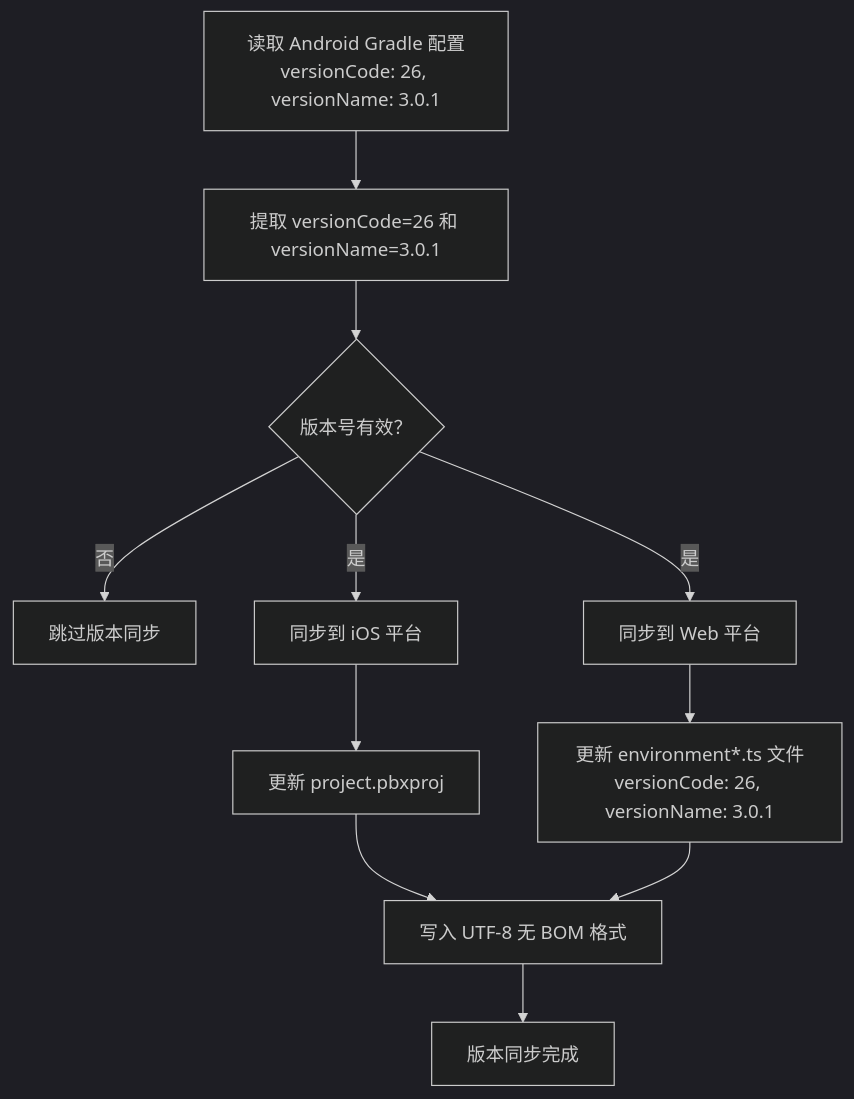
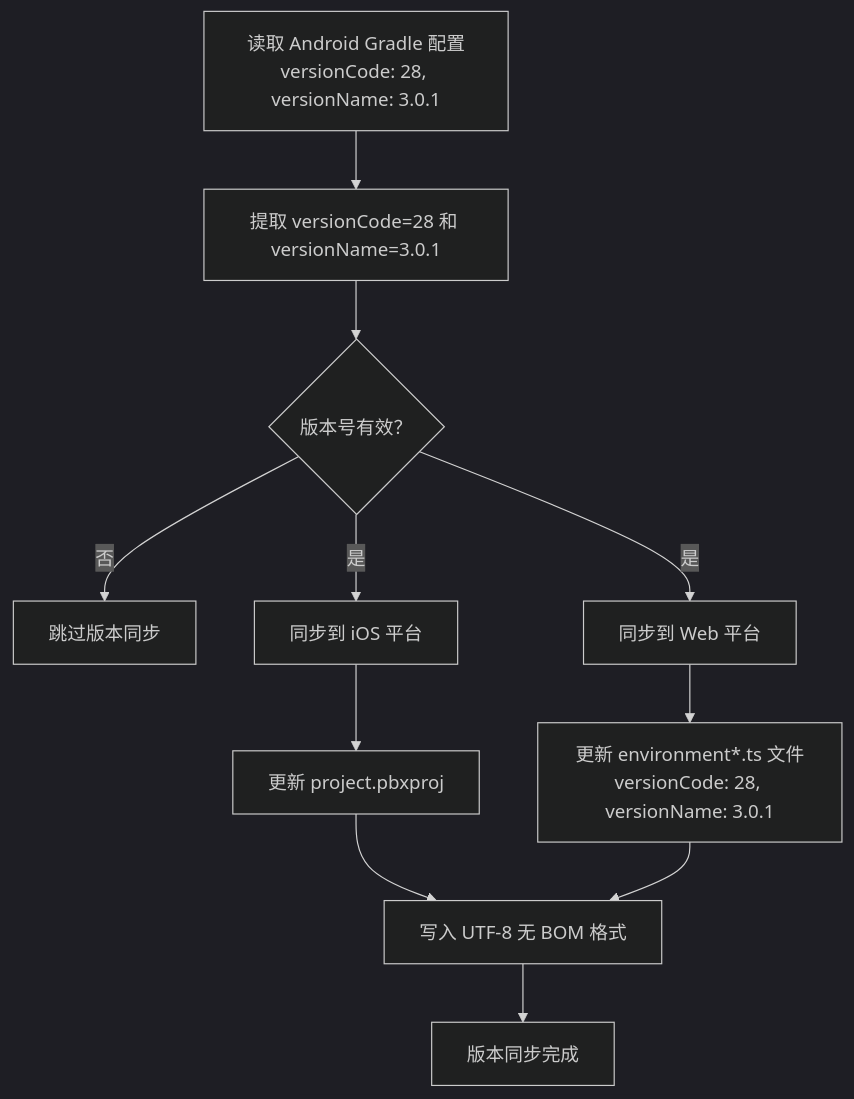
The fourth of 6 diagrams in .qoder/repowiki/zh/content/构建与部署/构建配置.md (tea4go/Macro-Deck-Client-App), drawn with Mermaid (dark theme) before and after one commit. The commit also changed other lines of this file and 42 other files, not shown here.

````diff
--- a/.qoder/repowiki/zh/content/构建与部署/构建配置.md
+++ b/.qoder/repowiki/zh/content/构建与部署/构建配置.md
@@ -721,13 +721,13 @@
 ```mermaid
 flowchart TD
-A["读取 Android Gradle 配置<br/>versionCode: 26, versionName: 3.0.1"] --> B["提取 versionCode=26 和 versionName=3.0.1"]
+A["读取 Android Gradle 配置<br/>versionCode: 28, versionName: 3.0.1"] --> B["提取 versionCode=28 和 versionName=3.0.1"]
 B --> C{"版本号有效？"}
 C --> |否| D["跳过版本同步"]
 C --> |是| E["同步到 iOS 平台"]
 C --> |是| F["同步到 Web 平台"]
 E --> G["更新 project.pbxproj"]
-F --> H["更新 environment*.ts 文件<br/>versionCode: 26, versionName: 3.0.1"]
+F --> H["更新 environment*.ts 文件<br/>versionCode: 28, versionName: 3.0.1"]
 G --> I["写入 UTF-8 无 BOM 格式"]
 H --> I
 I --> J["版本同步完成"]
 ```
````
